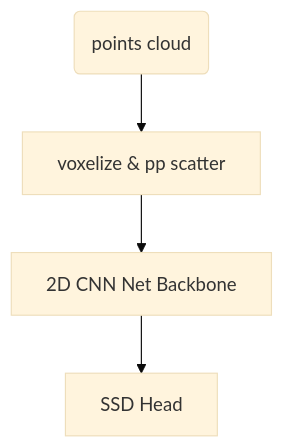
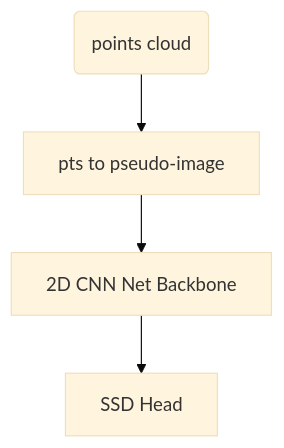
Before and after one commit to lvsolo/PaperMod: the second of 3 diagrams in content/posts/paper_reading/PointPillar.md, drawn with Mermaid (base theme). The commit also changed other lines of this file and 2 other files, not shown here.

```diff
--- a/content/posts/paper_reading/PointPillar.md
+++ b/content/posts/paper_reading/PointPillar.md
@@ -23,6 +22,6 @@
 {{< mermaid >}}
 graph TB
-    pts(points cloud) --> A[voxelize & pp scatter]
+    pts(points cloud) --> A[pts to pseudo-image]
     A --> B[2D CNN Net Backbone]
     B -->C[SSD Head]
 {{< /mermaid >}}
```
